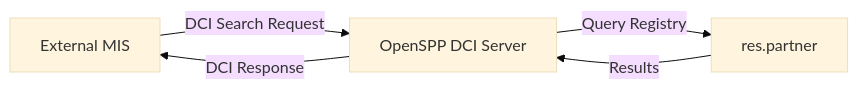
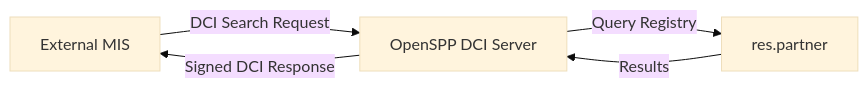
Before and after one commit to OpenSPP/documentation: the first of 2 diagrams in docs/developer_guide/dci/index.md, drawn with Mermaid (base theme). The commit also changed other lines of this file and 4 other files, not shown here.

````diff
--- a/docs/developer_guide/dci/index.md
+++ b/docs/developer_guide/dci/index.md
@@ -60,7 +57,7 @@
 ```{mermaid}
 graph LR
     A[External MIS] -->|DCI Search Request| B[OpenSPP DCI Server]
     B -->|Query Registry| C[res.partner]
     C -->|Results| B
-    B -->|DCI Response| A
+    B -->|Signed DCI Response| A
 ```
````
